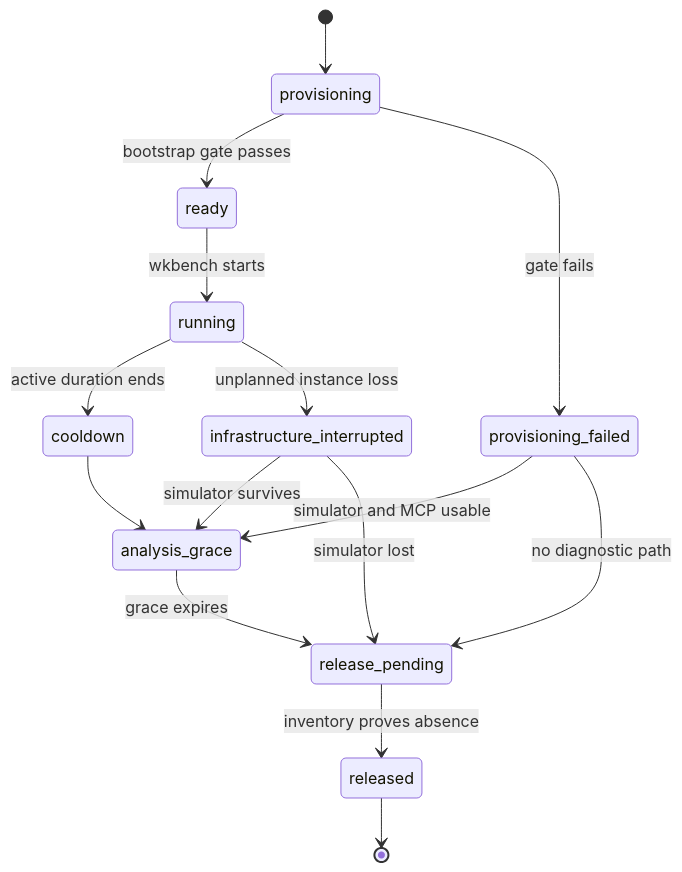
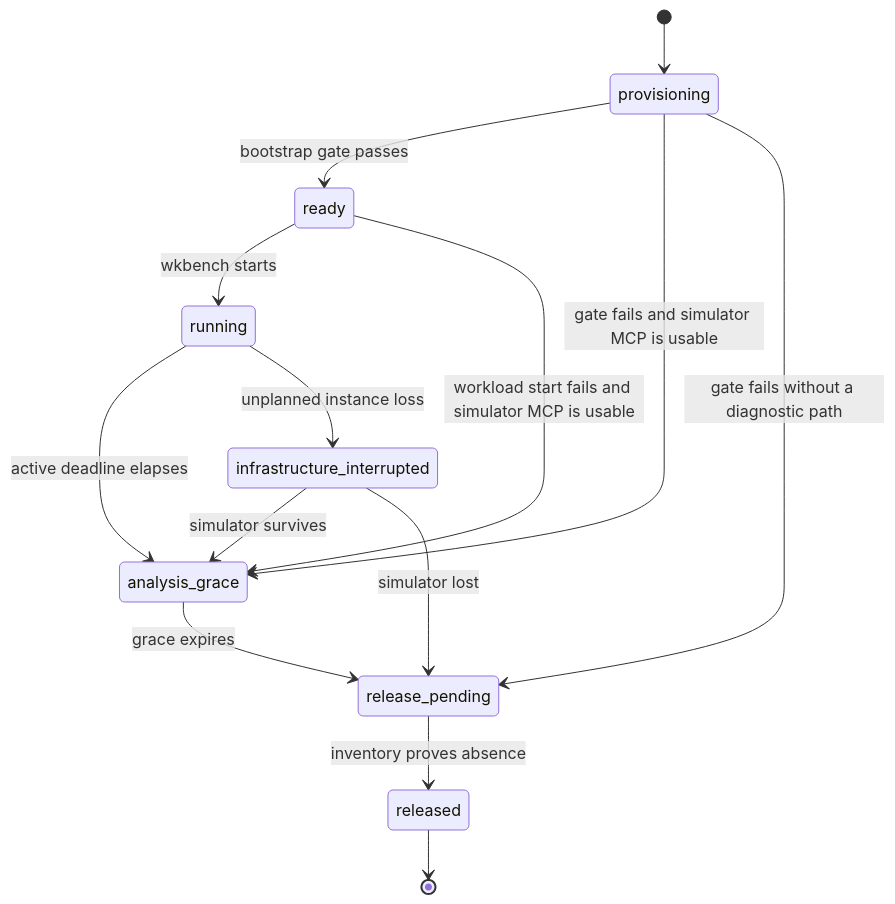
One commit to WuKongIM/WuKongIM changed the second of 2 diagrams in docs/superpowers/specs/2026-07-14-cloud-simulation-github-actions-design.md. Above: the diagram before and after it, drawn with Mermaid. The commit also changed other lines of this file and 89 other files, not shown here.

````diff
--- a/docs/superpowers/specs/2026-07-14-cloud-simulation-github-actions-design.md
+++ b/docs/superpowers/specs/2026-07-14-cloud-simulation-github-actions-design.md
@@ -142,17 +147,16 @@
 ```mermaid
 stateDiagram-v2
     [*] --> provisioning
     provisioning --> ready: bootstrap gate passes
-    provisioning --> provisioning_failed: gate fails
     ready --> running: wkbench starts
-    running --> cooldown: active duration ends
+    running --> analysis_grace: active deadline elapses
     running --> infrastructure_interrupted: unplanned instance loss
-    cooldown --> analysis_grace
-    provisioning_failed --> analysis_grace: simulator and MCP usable
-    provisioning_failed --> release_pending: no diagnostic path
+    provisioning --> analysis_grace: gate fails and simulator MCP is usable
+    provisioning --> release_pending: gate fails without a diagnostic path
+    ready --> analysis_grace: workload start fails and simulator MCP is usable
     infrastructure_interrupted --> analysis_grace: simulator survives
     infrastructure_interrupted --> release_pending: simulator lost
     analysis_grace --> release_pending: grace expires
     release_pending --> released: inventory proves absence
     released --> [*]
 ```
````
